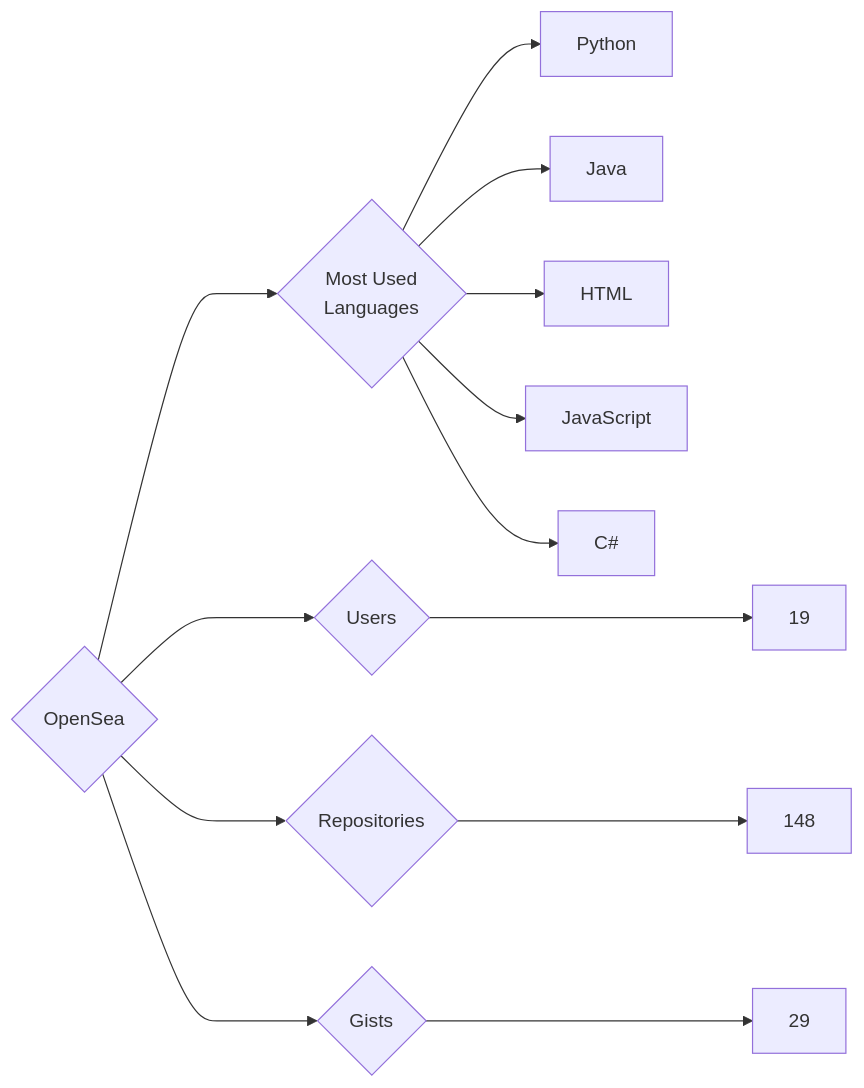
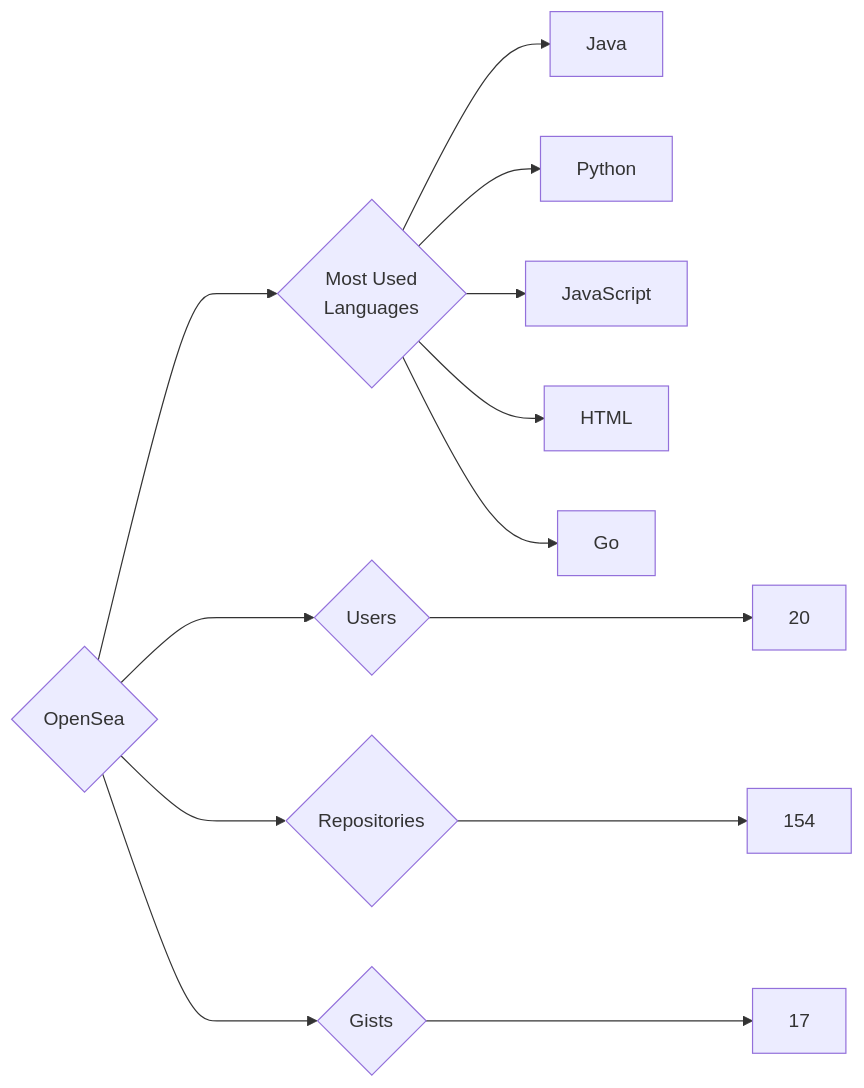
The diagram in targets/OpenSea/README.md (trickest/insiders), drawn with Mermaid before and after one commit. The commit also changed 965 other files, not shown here.

````diff
--- a/targets/OpenSea/README.md
+++ b/targets/OpenSea/README.md
@@ -3,13 +3,13 @@
 ```mermaid
 graph LR
 COMPANY_NAME{OpenSea}
-COMPANY_NAME ---> U{Users} ---> UN[19]
-COMPANY_NAME ---> R{Repositories} ---> RN[148]
-COMPANY_NAME ---> G{Gists} ---> GN[29]
+COMPANY_NAME ---> U{Users} ---> UN[20]
+COMPANY_NAME ---> R{Repositories} ---> RN[154]
+COMPANY_NAME ---> G{Gists} ---> GN[17]
 COMPANY_NAME ---> ML{Most Used<br>Languages}
+ML --> Java[Java]
 ML --> Python[Python]
-ML --> Java[Java]
+ML --> JavaScript[JavaScript]
 ML --> HTML[HTML]
-ML --> JavaScript[JavaScript]
-ML --> C#[C#]
+ML --> Go[Go]
 ```
````
